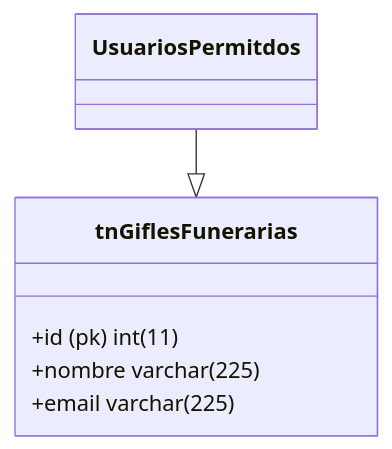
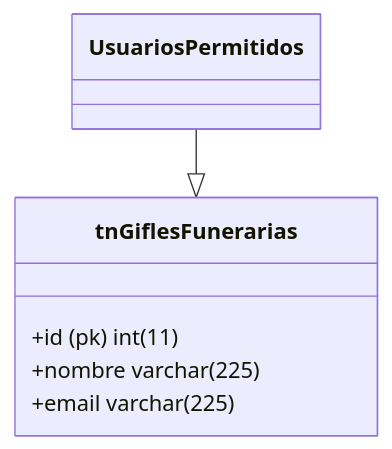
Before and after one commit to pachitoxo/proyectos_nexura: the second of 3 diagrams in src/site/notes/Alcaldía de Pereira/Trámites implementados/🧑‍💻Trámite Licencia de cremación e inhumación de cadáveres.md, drawn with Mermaid. The commit also changed other lines of this file, not shown here.

````diff
--- a/src/site/notes/Alcaldía de Pereira/Trámites implementados/🧑‍💻Trámite Licencia de cremación e inhumación de cadáveres.md
+++ b/src/site/notes/Alcaldía de Pereira/Trámites implementados/🧑‍💻Trámite Licencia de cremación e inhumación de cadáveres.md
@@ -34,11 +38,11 @@
 ``` mermaid 
 classDiagram
-    UsuariosPermitdos --|> tnGiflesFunerarias
+    UsuariosPermitidos --|> tnGiflesFunerarias
   
     class tnGiflesFunerarias{
       +id (pk) int(11)
       +nombre varchar(225)
       +email varchar(225)  
     }
    
 ```
````
